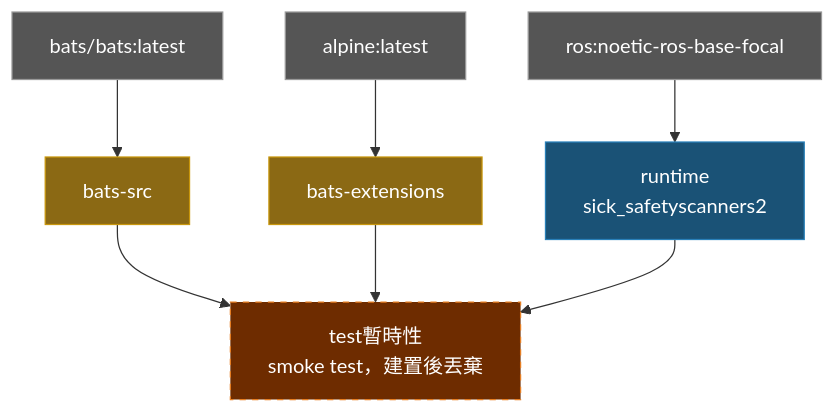
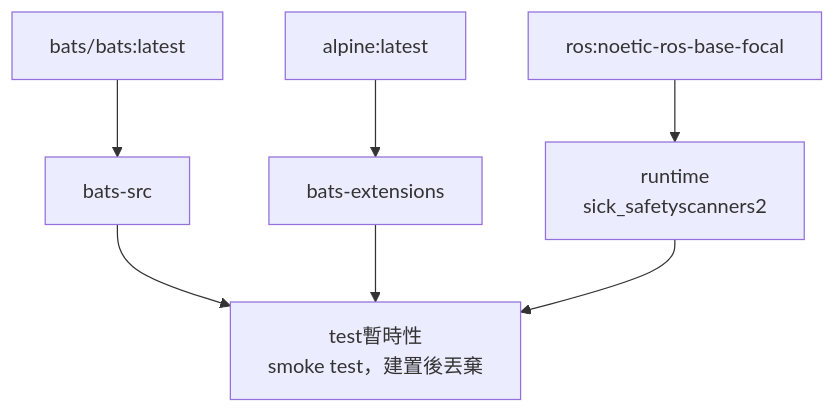
One commit to ycpss91255-docker/sick_noetic changed the diagram in doc/README.zh-TW.md. Above: the diagram before and after it, drawn with Mermaid. The commit also changed 3 other files, not shown here.

Commit message:
docs: remove mermaid background colors from architecture diagrams (#15)

````diff
--- a/doc/README.zh-TW.md
+++ b/doc/README.zh-TW.md
@@ -84,20 +84,16 @@
 ```mermaid
 graph TD
-    EXT1["bats/bats:latest"]:::external
-    EXT2["alpine:latest"]:::external
-    EXT3["ros:noetic-ros-base-focal"]:::external
+    EXT1["bats/bats:latest"]
+    EXT2["alpine:latest"]
+    EXT3["ros:noetic-ros-base-focal"]
 
-    EXT1 --> bats-src["bats-src"]:::tool
-    EXT2 --> bats-ext["bats-extensions"]:::tool
+    EXT1 --> bats-src["bats-src"]
+    EXT2 --> bats-ext["bats-extensions"]
 
-    EXT3 --> runtime["runtime\nsick_safetyscanners2"]:::stage
+    EXT3 --> runtime["runtime\nsick_safetyscanners2"]
 
-    bats-src --> test["test暫時性\nsmoke test，建置後丟棄"]:::ephemeral
+    bats-src --> test["test暫時性\nsmoke test，建置後丟棄"]
     bats-ext --> test
     runtime --> test
 
-    classDef external fill:#555,color:#fff,stroke:#999
-    classDef tool fill:#8B6914,color:#fff,stroke:#c8960c
-    classDef stage fill:#1a5276,color:#fff,stroke:#2980b9
-    classDef ephemeral fill:#6e2c00,color:#fff,stroke:#e67e22,stroke-dasharray:5 5
 ```
````
